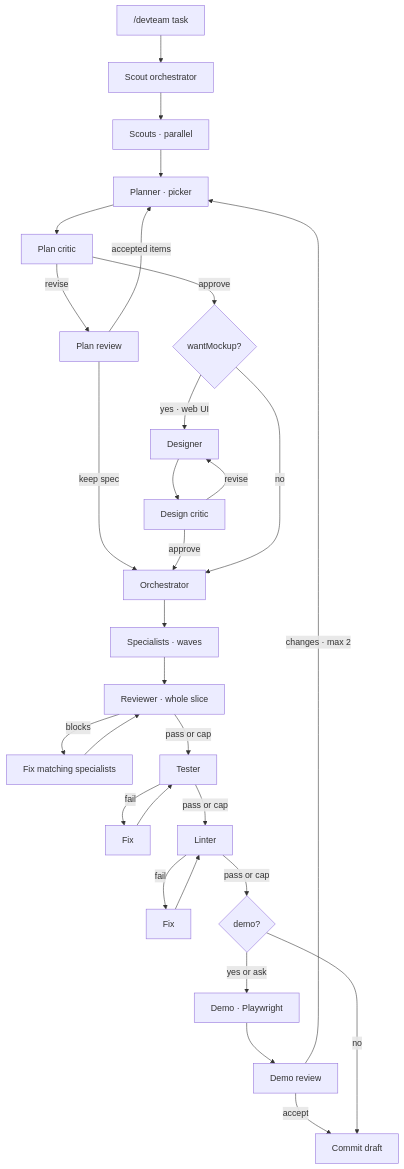
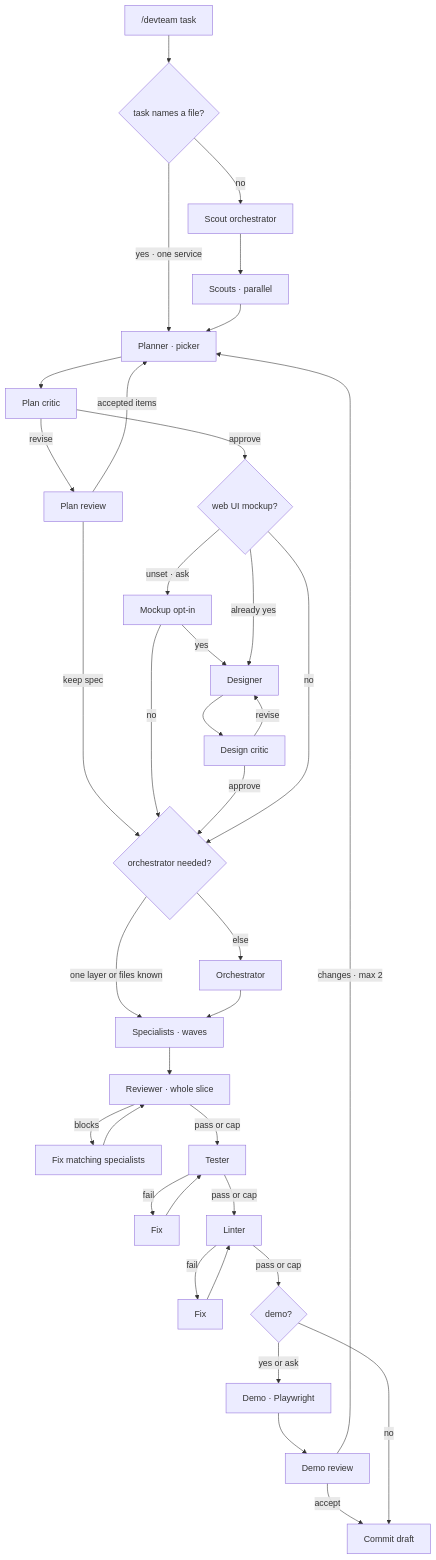
The first of 2 diagrams in README.md (W4775/pi-dev-team), drawn with Mermaid before and after one commit. The commit also changed other lines of this file and 19 other files, not shown here.

````diff
--- a/README.md
+++ b/README.md
@@ -80,32 +80,39 @@
 ```mermaid
 flowchart TD
-    A["/devteam task"] --> SO[Scout orchestrator]
+    A["/devteam task"] --> SK{task names a file?}
+    SK -->|yes · one service| P
+    SK -->|no| SO[Scout orchestrator]
     SO --> SC[Scouts · parallel]
     SC --> P[Planner · picker]
     P --> C[Plan critic]
     C -->|revise| PR[Plan review]
     PR -->|accepted items| P
-    PR -->|keep spec| O
-    C -->|approve| MU{wantMockup?}
-    MU -->|yes · web UI| DS[Designer]
+    PR -->|keep spec| BI
+    C -->|approve| MU{web UI mockup?}
+    MU -->|unset · ask| MO[Mockup opt-in]
+    MO -->|yes| DS[Designer]
+    MO -->|no| BI
+    MU -->|already yes| DS
     DS --> DC[Design critic]
     DC -->|revise| DS
-    DC -->|approve| O
-    MU -->|no| O[Orchestrator]
-    O --> B[Specialists · waves]
+    DC -->|approve| BI
+    MU -->|no| BI{orchestrator needed?}
+    BI -->|one layer or files known| B[Specialists · waves]
+    BI -->|else| O[Orchestrator]
+    O --> B
     B --> R[Reviewer · whole slice]
     R -->|blocks| FX[Fix matching specialists]
     FX --> R
     R -->|pass or cap| T[Tester]
     T -->|fail| TF[Fix]
     TF --> T
     T -->|pass or cap| L[Linter]
     L -->|fail| LF[Fix]
     LF --> L
     L -->|pass or cap| Q{demo?}
     Q -->|yes or ask| DM[Demo · Playwright]
     DM --> DR[Demo review]
     DR -->|changes · max 2| P
     DR -->|accept| CM[Commit draft]
     Q -->|no| CM
 ```
````
